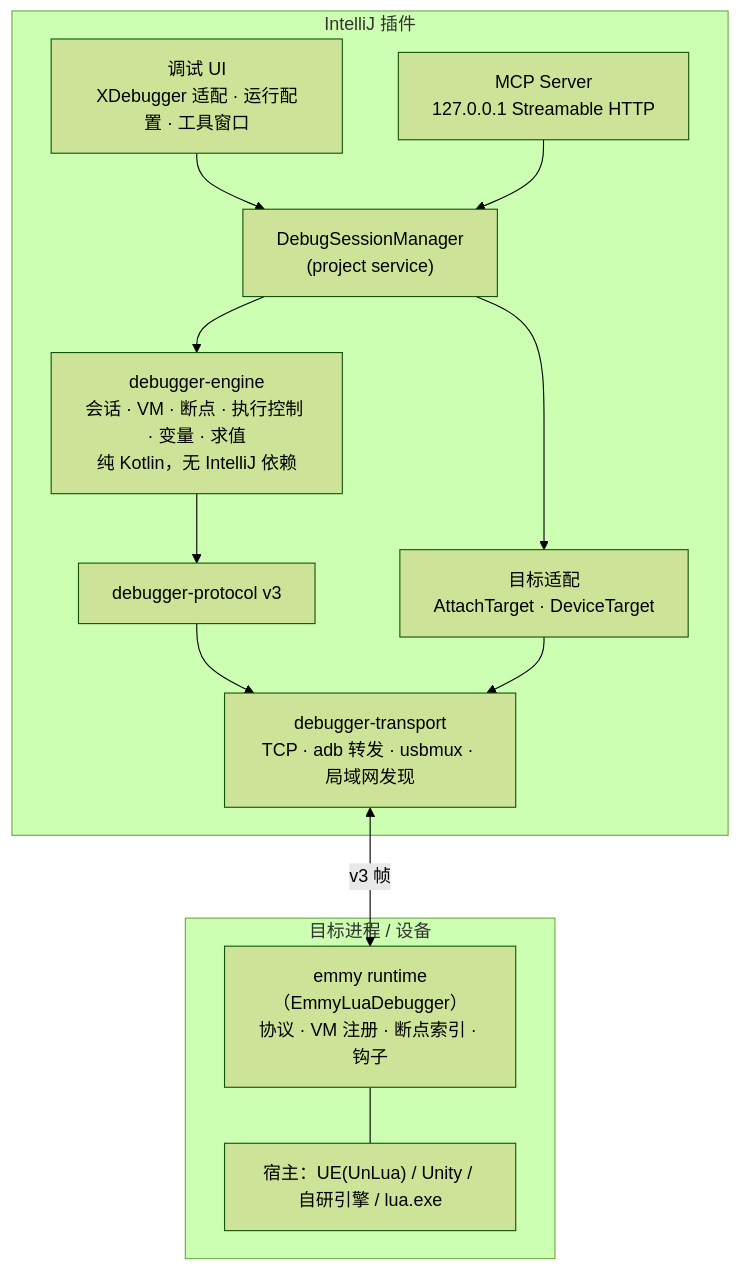
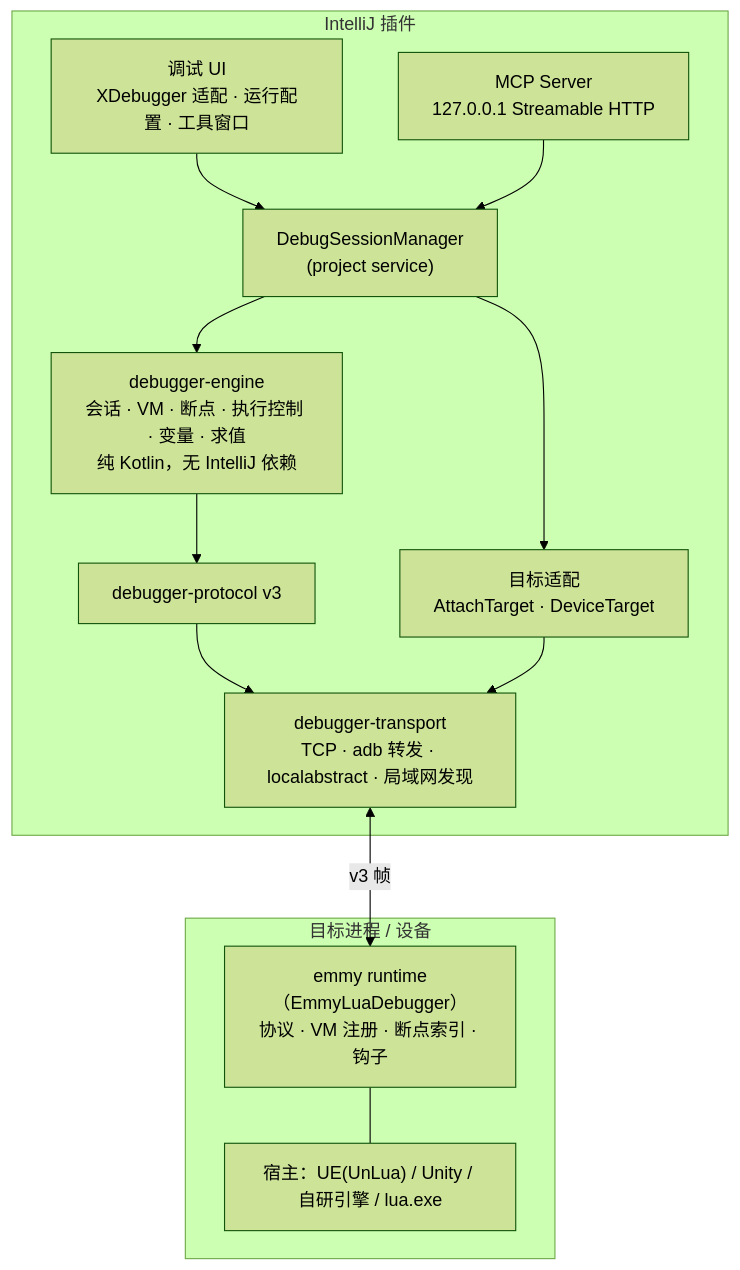
One commit to fixcode-h/IntelliJ-EmmyLua changed the first of 2 diagrams in docs/design/2026-11-debugger-redesign.md. Above: the diagram before and after it, drawn with Mermaid (forest theme). The commit also changed other lines of this file, not shown here.

````diff
--- a/docs/design/2026-11-debugger-redesign.md
+++ b/docs/design/2026-11-debugger-redesign.md
@@ -184,26 +186,26 @@
 ```mermaid
 flowchart TB
     subgraph IDE["IntelliJ 插件"]
         UI["调试 UI<br/>XDebugger 适配 · 运行配置 · 工具窗口"]
         MCP["MCP Server<br/>127.0.0.1 Streamable HTTP"]
         SM["DebugSessionManager<br/>(project service)"]
         ENG["debugger-engine<br/>会话 · VM · 断点 · 执行控制 · 变量 · 求值<br/>纯 Kotlin，无 IntelliJ 依赖"]
         TGT["目标适配<br/>AttachTarget · DeviceTarget"]
         PROTO["debugger-protocol v3"]
-        TR["debugger-transport<br/>TCP · adb 转发 · usbmux · 局域网发现"]
+        TR["debugger-transport<br/>TCP · adb 转发 · localabstract · 局域网发现"]
         UI --> SM
         MCP --> SM
         SM --> ENG
         ENG --> PROTO --> TR
         TGT --> TR
         SM --> TGT
     end
 
     subgraph DEV["目标进程 / 设备"]
         RT["emmy runtime（EmmyLuaDebugger）<br/>协议 · VM 注册 · 断点索引 · 钩子"]
         HOST["宿主：UE(UnLua) / Unity / 自研引擎 / lua.exe"]
         RT --- HOST
     end
 
     TR <-->|"v3 帧"| RT
 ```
````
